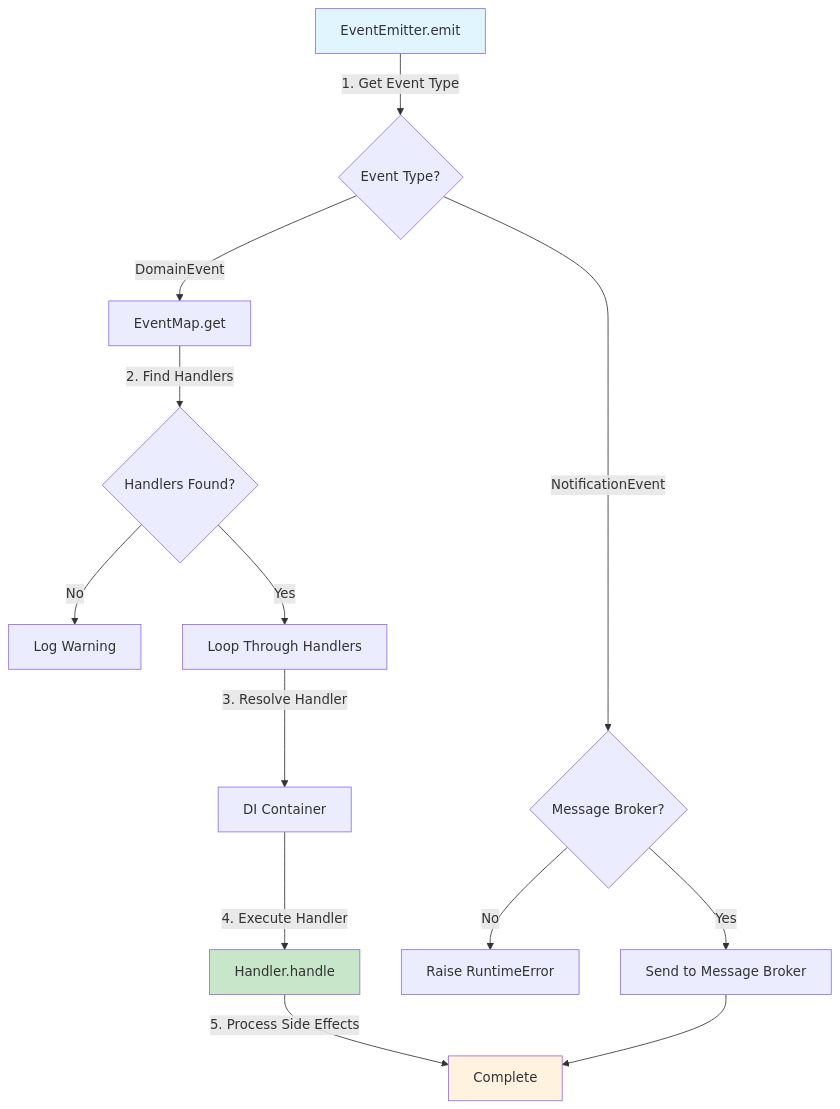
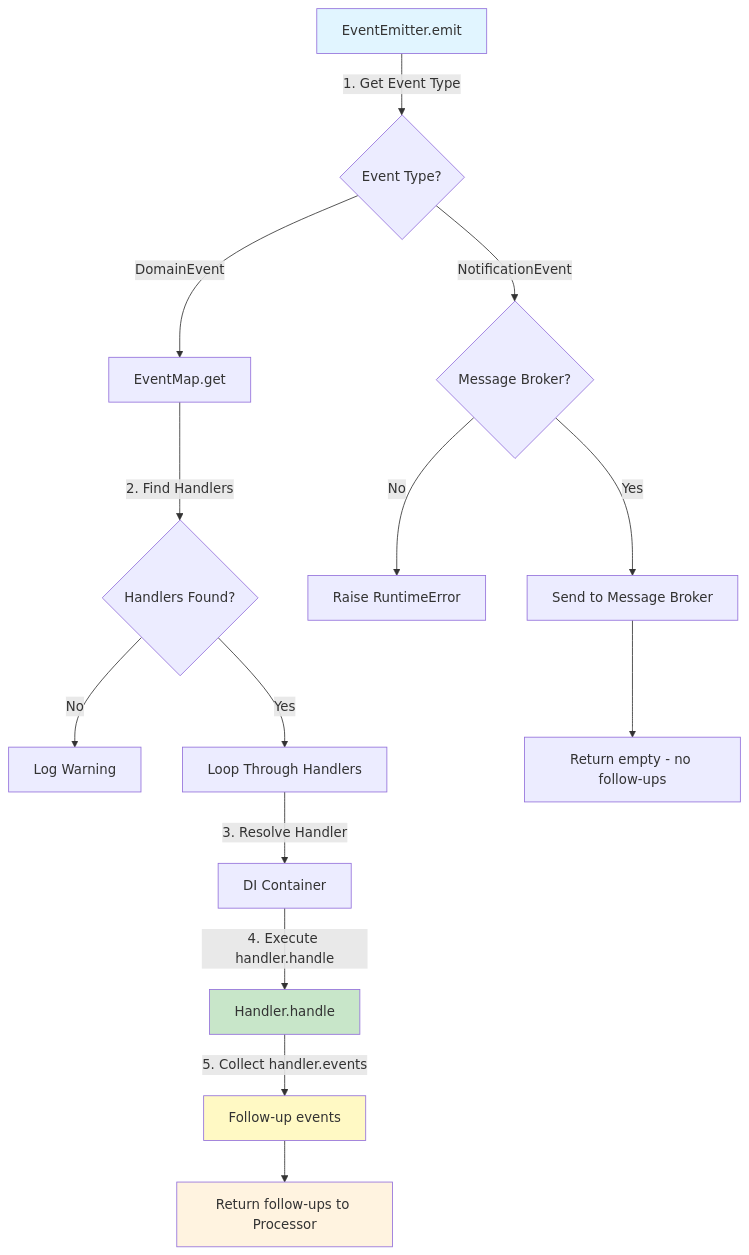
The third of 3 diagrams in docs/event_handler/event_flow.md (vadikko2/python-cqrs-mkdocs), drawn with Mermaid before and after one commit. The commit also changed other lines of this file and 7 other files, not shown here.

````diff
--- a/docs/event_handler/event_flow.md
+++ b/docs/event_handler/event_flow.md
@@ -139,21 +147,23 @@
 ```mermaid
 graph TD
     A[EventEmitter.emit] -->|1. Get Event Type| B{Event Type?}
     
     B -->|DomainEvent| C[EventMap.get]
     C -->|2. Find Handlers| D{Handlers Found?}
     D -->|No| E[Log Warning]
     D -->|Yes| F[Loop Through Handlers]
     F -->|3. Resolve Handler| G[DI Container]
-    G -->|4. Execute Handler| H[Handler.handle]
-    H -->|5. Process Side Effects| I[Complete]
+    G -->|4. Execute handler.handle| H[Handler.handle]
+    H -->|5. Collect handler.events| I[Follow-up events]
+    I --> J[Return follow-ups to Processor]
     
-    B -->|NotificationEvent| J{Message Broker?}
-    J -->|No| K[Raise RuntimeError]
-    J -->|Yes| L[Send to Message Broker]
-    L --> I
+    B -->|NotificationEvent| K{Message Broker?}
+    K -->|No| L[Raise RuntimeError]
+    K -->|Yes| M[Send to Message Broker]
+    M --> N[Return empty - no follow-ups]
     
     style A fill:#e1f5ff
     style H fill:#c8e6c9
-    style I fill:#fff3e0
+    style I fill:#fff9c4
+    style J fill:#fff3e0
 ```
````
